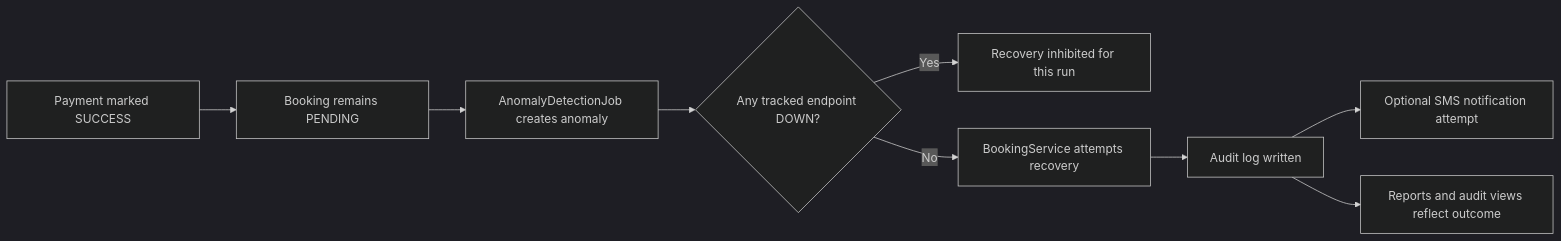
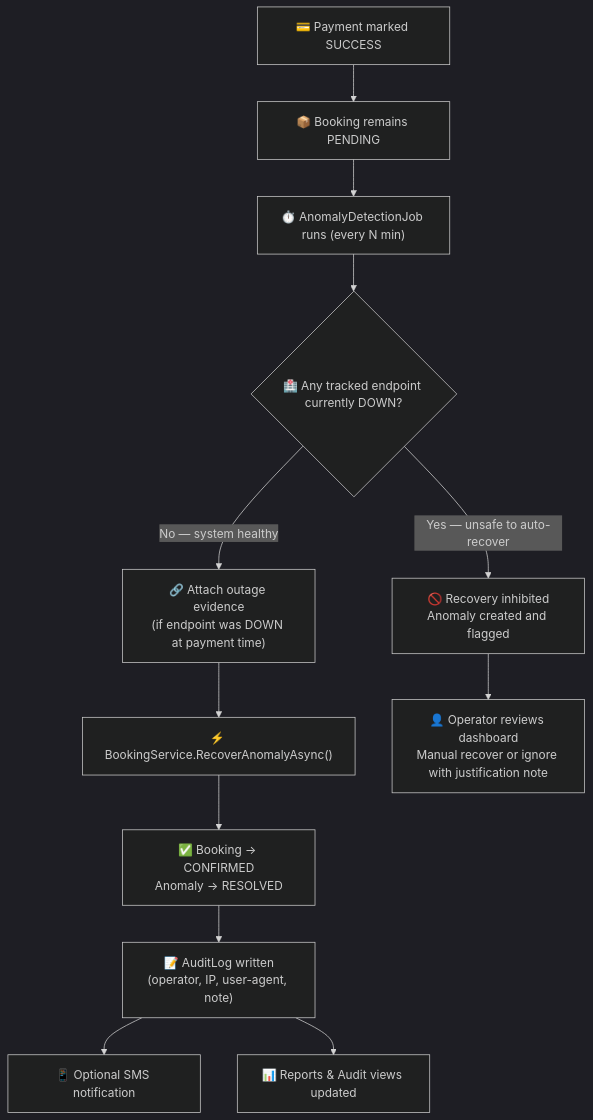
Before and after one commit to MethasMP/TicketGuard: the first of 2 diagrams in README.md, drawn with Mermaid (dark theme). The commit also changed other lines of this file, not shown here.

````diff
--- a/README.md
+++ b/README.md
@@ -139,11 +72,17 @@
 ```mermaid
-flowchart LR
-    A["Payment marked SUCCESS"] --> B["Booking remains PENDING"]
-    B --> C["AnomalyDetectionJob creates anomaly"]
-    C --> D{"Any tracked endpoint DOWN?"}
-    D -->|"Yes"| E["Recovery inhibited for this run"]
-    D -->|"No"| F["BookingService attempts recovery"]
-    F --> G["Audit log written"]
-    G --> H["Optional SMS notification attempt"]
-    G --> I["Reports and audit views reflect outcome"]
+flowchart TD
+    A["💳 Payment marked SUCCESS"] --> B["📦 Booking remains PENDING"]
+    B --> C["⏱️ AnomalyDetectionJob runs (every N min)"]
+    C --> D{"🏥 Any tracked endpoint currently DOWN?"}
+
+    D -->|"Yes — unsafe to auto-recover"| E["🚫 Recovery inhibited\nAnomaly created and flagged"]
+    D -->|"No — system healthy"| F["🔗 Attach outage evidence\n(if endpoint was DOWN at payment time)"]
+
+    F --> G["⚡ BookingService.RecoverAnomalyAsync()"]
+    G --> H["✅ Booking → CONFIRMED\nAnomaly → RESOLVED"]
+    H --> I["📝 AuditLog written\n(operator, IP, user-agent, note)"]
+    I --> J["📱 Optional SMS notification"]
+    I --> K["📊 Reports & Audit views updated"]
+
+    E --> L["👤 Operator reviews dashboard\nManual recover or ignore with justification note"]
 ```
````
